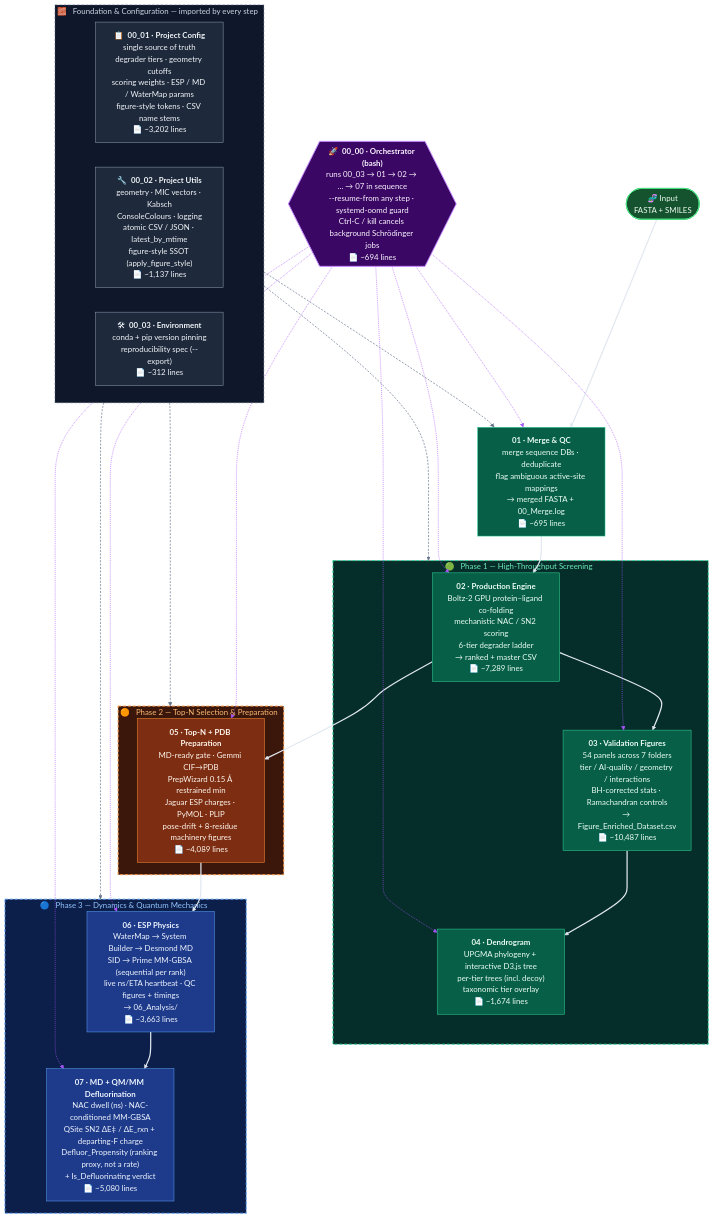
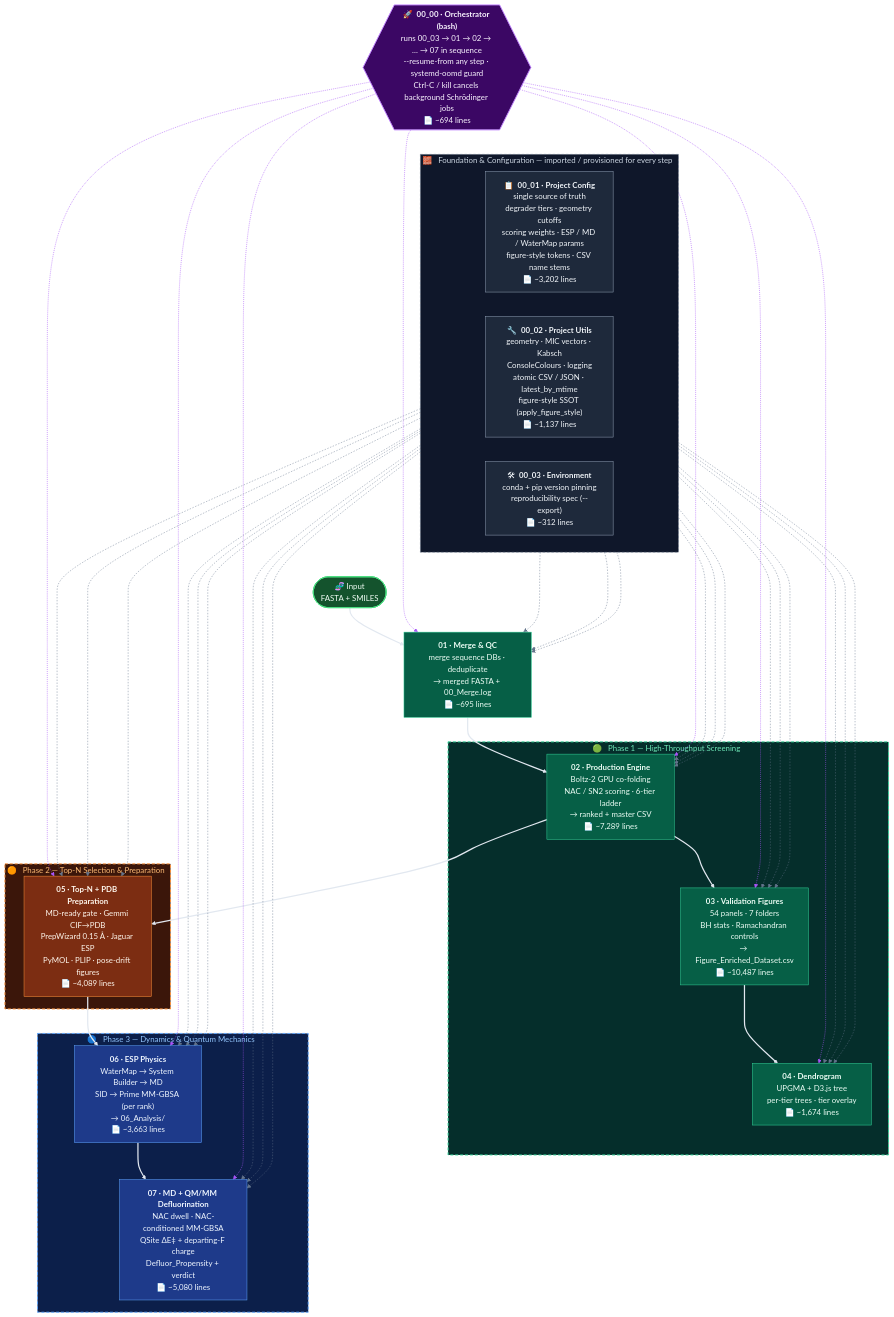
The diagram in README.md (KU-MGB/DeFluorX), drawn with Mermaid before and after one commit. The commit also changed other lines of this file, not shown here.

Commit message:
docs: restructure Mermaid — orchestrator on top, foundation below, fans down to steps
Per requested layout: 00_00 orchestrator at the very top fanning to every step;
00_01/00_02/00_03 foundation row directly below, each fanning to all steps;
Input FASTA+SMILES pulled adjacent to 01 Merge (invisible rank links). Data flow
stays solid white. linkStyle recomputed; re-validated via mermaid-cli.

````diff
--- a/README.md
+++ b/README.md
@@ -193,63 +193,64 @@
 ```mermaid
 flowchart TD
     ORCH{{"🚀 &nbsp;<b>00_00 · Orchestrator (bash)</b><br/>runs 00_03 → 01 → 02 → … → 07 in sequence<br/>--resume-from any step · systemd-oomd guard<br/>Ctrl-C / kill cancels background Schrödinger jobs<br/>📄 ~694 lines"}}:::orch
-    START(["🧬 Input<br/>FASTA + SMILES"]):::io
 
-    subgraph FOUNDATION["🧱 &nbsp; Foundation &amp; Configuration — imported by every step &nbsp;"]
+    subgraph FOUNDATION["🧱 &nbsp; Foundation &amp; Configuration — imported / provisioned for every step &nbsp;"]
         direction LR
         CFG["📋 &nbsp;<b>00_01 · Project Config</b><br/>single source of truth<br/>degrader tiers · geometry cutoffs<br/>scoring weights · ESP / MD / WaterMap params<br/>figure-style tokens · CSV name stems<br/>📄 ~3,202 lines"]:::found
         UTL["🔧 &nbsp;<b>00_02 · Project Utils</b><br/>geometry · MIC vectors · Kabsch<br/>ConsoleColours · logging<br/>atomic CSV / JSON · latest_by_mtime<br/>figure-style SSOT (apply_figure_style)<br/>📄 ~1,137 lines"]:::found
         ENV["🛠 &nbsp;<b>00_03 · Environment</b><br/>conda + pip version pinning<br/>reproducibility spec (--export)<br/>📄 ~312 lines"]:::found
     end
 
-    M1["<b>01 · Merge &amp; QC</b><br/>merge sequence DBs · deduplicate<br/>flag ambiguous active-site mappings<br/>→ merged FASTA + 00_Merge.log<br/>📄 ~695 lines"]:::hts
+    START(["🧬 Input<br/>FASTA + SMILES"]):::io
+    M1["<b>01 · Merge &amp; QC</b><br/>merge sequence DBs · deduplicate<br/>→ merged FASTA + 00_Merge.log<br/>📄 ~695 lines"]:::hts
 
     subgraph PHASE1["🟢 &nbsp; Phase 1 — High-Throughput Screening &nbsp;"]
-        M2["<b>02 · Production Engine</b><br/>Boltz-2 GPU protein–ligand co-folding<br/>mechanistic NAC / SN2 scoring<br/>6-tier degrader ladder<br/>→ ranked + master CSV<br/>📄 ~7,289 lines"]:::hts
-        M3["<b>03 · Validation Figures</b><br/>54 panels across 7 folders<br/>tier / AI-quality / geometry / interactions<br/>BH-corrected stats · Ramachandran controls<br/>→ Figure_Enriched_Dataset.csv<br/>📄 ~10,487 lines"]:::hts
-        M4["<b>04 · Dendrogram</b><br/>UPGMA phylogeny + interactive D3.js tree<br/>per-tier trees (incl. decoy)<br/>taxonomic tier overlay<br/>📄 ~1,674 lines"]:::hts
-        M2 --> M3
-        M3 --> M4
+        M2["<b>02 · Production Engine</b><br/>Boltz-2 GPU co-folding<br/>NAC / SN2 scoring · 6-tier ladder<br/>→ ranked + master CSV<br/>📄 ~7,289 lines"]:::hts
+        M3["<b>03 · Validation Figures</b><br/>54 panels · 7 folders<br/>BH stats · Ramachandran controls<br/>→ Figure_Enriched_Dataset.csv<br/>📄 ~10,487 lines"]:::hts
+        M4["<b>04 · Dendrogram</b><br/>UPGMA + D3.js tree<br/>per-tier trees · tier overlay<br/>📄 ~1,674 lines"]:::hts
+        M2 --> M3 --> M4
     end
 
     subgraph PHASE2["🟠 &nbsp; Phase 2 — Top-N Selection &amp; Preparation &nbsp;"]
-        M5["<b>05 · Top-N + PDB Preparation</b><br/>MD-ready gate · Gemmi CIF→PDB<br/>PrepWizard 0.15 Å restrained min<br/>Jaguar ESP charges · PyMOL · PLIP<br/>pose-drift + 8-residue machinery figures<br/>📄 ~4,089 lines"]:::prep
+        M5["<b>05 · Top-N + PDB Preparation</b><br/>MD-ready gate · Gemmi CIF→PDB<br/>PrepWizard 0.15 Å · Jaguar ESP<br/>PyMOL · PLIP · pose-drift figures<br/>📄 ~4,089 lines"]:::prep
     end
 
     subgraph PHASE3["🔵 &nbsp; Phase 3 — Dynamics &amp; Quantum Mechanics &nbsp;"]
-        M6["<b>06 · ESP Physics</b><br/>WaterMap → System Builder → Desmond MD<br/>SID → Prime MM-GBSA (sequential per rank)<br/>live ns/ETA heartbeat · QC figures + timings<br/>→ 06_Analysis/<br/>📄 ~3,663 lines"]:::dyn
-        M7["<b>07 · MD + QM/MM Defluorination</b><br/>NAC dwell (ns) · NAC-conditioned MM-GBSA<br/>QSite SN2 ΔE‡ / ΔE_rxn + departing-F charge<br/>Defluor_Propensity (ranking proxy, not a rate)<br/>+ Is_Defluorinating verdict<br/>📄 ~5,080 lines"]:::dyn
+        M6["<b>06 · ESP Physics</b><br/>WaterMap → System Builder → MD<br/>SID → Prime MM-GBSA (per rank)<br/>→ 06_Analysis/<br/>📄 ~3,663 lines"]:::dyn
+        M7["<b>07 · MD + QM/MM Defluorination</b><br/>NAC dwell · NAC-conditioned MM-GBSA<br/>QSite ΔE‡ + departing-F charge<br/>Defluor_Propensity + verdict<br/>📄 ~5,080 lines"]:::dyn
         M6 --> M7
     end
 
-    %% ── data flow (solid) ──
-    START --> M1
-    M1 --> M2
-    M2 --> M5
-    M5 --> M6
+    %% keep orchestrator above foundation above the steps
+    ORCH ~~~ FOUNDATION
+    FOUNDATION ~~~ START
 
-    %% ── shared foundation bus: 00_01 CFG + 00_02 utils imported by EVERY step; drawn once per phase (+ standalone Merge) instead of 14 crossing lines. 00_03 is the standalone env spec ──
-    FOUNDATION -.-> M1 & PHASE1 & PHASE2 & PHASE3
+    %% data flow (solid white)
+    START --> M1 --> M2
+    M2 --> M5 --> M6
 
-    %% ── 00_00 orchestrates: runs each step 01–07 in sequence (own run per step, resume-aware) ──
+    %% orchestrator runs each step (fan, routed to the sides)
     ORCH -.-> M1 & M2 & M3 & M4 & M5 & M6 & M7
+
+    %% foundation: one fan from each of config / utils / env to every step
+    CFG -.-> M1 & M2 & M3 & M4 & M5 & M6 & M7
+    UTL -.-> M1 & M2 & M3 & M4 & M5 & M6 & M7
+    ENV -.-> M1 & M2 & M3 & M4 & M5 & M6 & M7
 
     classDef io    fill:#14532d,stroke:#4ade80,color:#f0fdf4,stroke-width:2px
     classDef orch  fill:#3b0764,stroke:#c084fc,color:#faf5ff,stroke-width:2px
     classDef found fill:#1e293b,stroke:#94a3b8,color:#f1f5f9
     classDef hts   fill:#065f46,stroke:#34d399,color:#ecfdf5
     classDef prep  fill:#7c2d12,stroke:#fb923c,color:#fff7ed
     classDef dyn   fill:#1e3a8a,stroke:#60a5fa,color:#eff6ff
 
     style FOUNDATION fill:#0f172a,stroke:#64748b,color:#cbd5e1,stroke-width:1px,stroke-dasharray:5 4
     style PHASE1 fill:#052e2b,stroke:#34d399,color:#6ee7b7,stroke-width:2px,stroke-dasharray:6 4
     style PHASE2 fill:#3b160a,stroke:#fb923c,color:#fdba74,stroke-width:2px,stroke-dasharray:6 4
     style PHASE3 fill:#0c1f4a,stroke:#60a5fa,color:#93c5fd,stroke-width:2px,stroke-dasharray:6 4
 
-    %% edges 0–6 = data flow (declared inside subgraphs first: M2→M3, M3→M4, M6→M7, then START→M1, M1→M2, M2→M5, M5→M6)
-    linkStyle 0,1,2,3,4,5,6 stroke:#e2e8f0,stroke-width:2.5px
-    %% edges 7–10 = the foundation-import bus (FOUNDATION → Merge, Phase 1, Phase 2, Phase 3)
-    linkStyle 7,8,9,10 stroke:#64748b,stroke-width:1.4px,stroke-dasharray:4 3
-    %% edges 11–17 = the 7 violet 00_00-orchestration ("runs") links
-    linkStyle 11,12,13,14,15,16,17 stroke:#a855f7,stroke-width:1.2px
+    linkStyle 0,1,2,5,6,7,8 stroke:#e2e8f0,stroke-width:2.5px
+    linkStyle 3,4 stroke-width:0px,stroke:none
+    linkStyle 9,10,11,12,13,14,15 stroke:#a855f7,stroke-width:1.1px
+    linkStyle 16,17,18,19,20,21,22,23,24,25,26,27,28,29,30,31,32,33,34,35,36 stroke:#64748b,stroke-width:0.9px,stroke-dasharray:3 3
 ```
````
